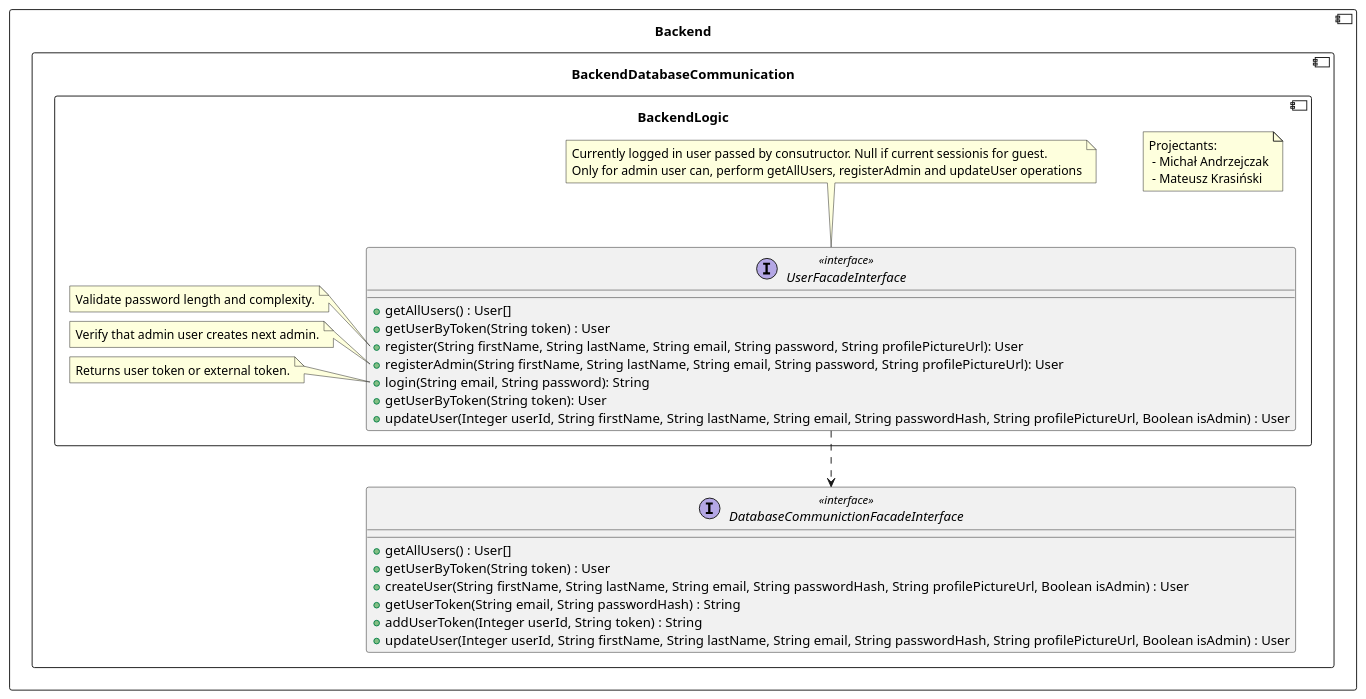
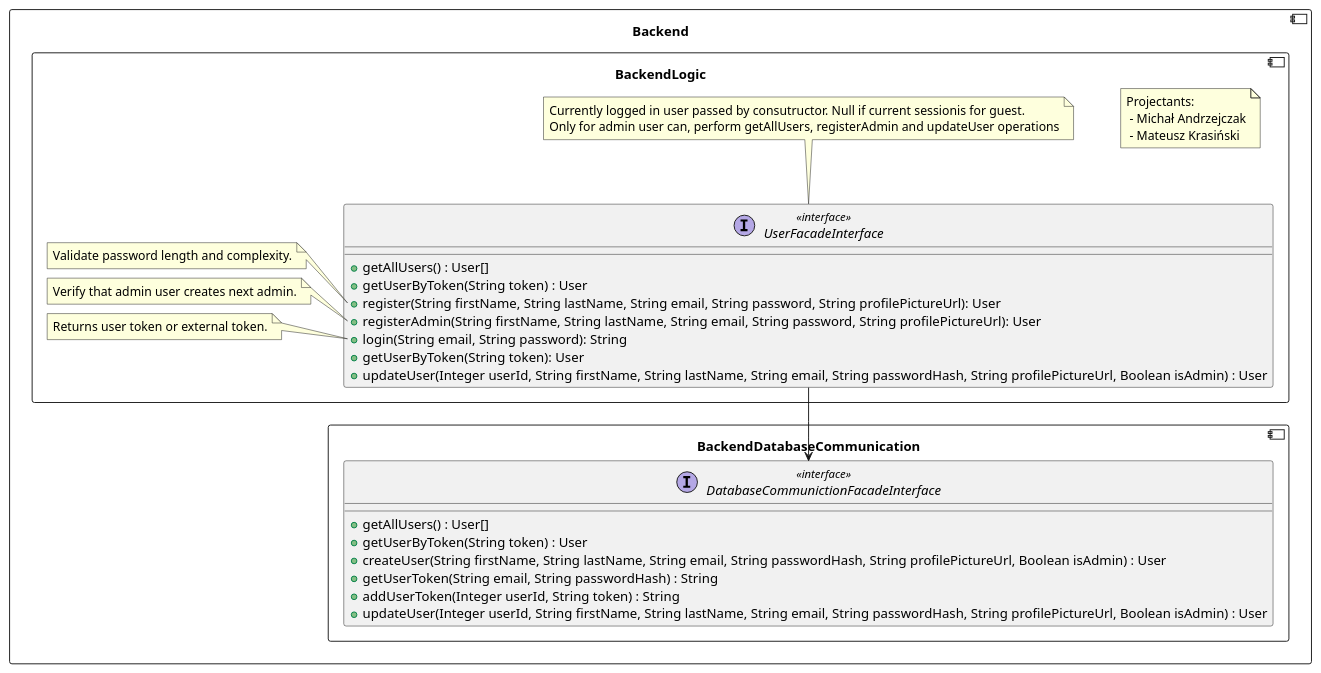
Before and after one commit to RadekBucki/OpinionCollectorArchitecture: the second of 5 diagrams in backend/BackendLogic.md, drawn with PlantUML. The commit also changed other lines of this file and 3 other files, not shown here.

````diff
--- a/backend/BackendLogic.md
+++ b/backend/BackendLogic.md
@@ -27,52 +27,52 @@
 ```plantuml
 @startuml
 component Backend {
     component BackendDatabaseCommunication {
-        interface DatabaseCommunictionFacadeInterface <<interface>>{
+        interface DatabaseCommunictionFacadeInterface <<interface>> {
             + getAllUsers() : User[]
             + getUserByToken(String token) : User
             + createUser(String firstName, String lastName, String email, String passwordHash, String profilePictureUrl, Boolean isAdmin) : User
             + getUserToken(String email, String passwordHash) : String
             + addUserToken(Integer userId, String token) : String
             + updateUser(Integer userId, String firstName, String lastName, String email, String passwordHash, String profilePictureUrl, Boolean isAdmin) : User
         }
-    
+    }
     component BackendLogic {
         note as Authors
             Projectants: 
              - Michał Andrzejczak
              - Mateusz Krasiński
         endnote
         
-        UserFacadeInterface ..> DatabaseCommunictionFacadeInterface
+        UserFacadeInterface --> DatabaseCommunictionFacadeInterface
         
         interface UserFacadeInterface <<interface>> {
             + getAllUsers() : User[]
             + getUserByToken(String token) : User
             + register(String firstName, String lastName, String email, String password, String profilePictureUrl): User
             + registerAdmin(String firstName, String lastName, String email, String password, String profilePictureUrl): User
             + login(String email, String password): String
             + getUserByToken(String token): User
             + updateUser(Integer userId, String firstName, String lastName, String email, String passwordHash, String profilePictureUrl, Boolean isAdmin) : User
         }
     
         note top of UserFacadeInterface
             Currently logged in user passed by consutructor. Null if current sessionis for guest.
             Only for admin user can, perform getAllUsers, registerAdmin and updateUser operations
         endnote
     
         note left of UserFacadeInterface::register
             Validate password length and complexity.
         endnote
     
         note left of UserFacadeInterface::registerAdmin
             Verify that admin user creates next admin.
         endnote
     
         note left of UserFacadeInterface::login
             Returns user token or external token.
         endnote
     }
 }
 @enduml 
 ```
````
